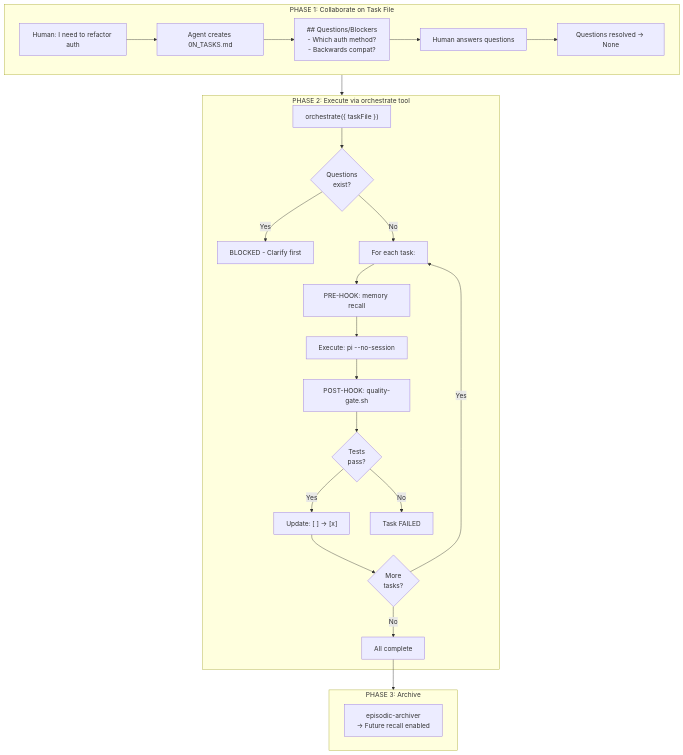
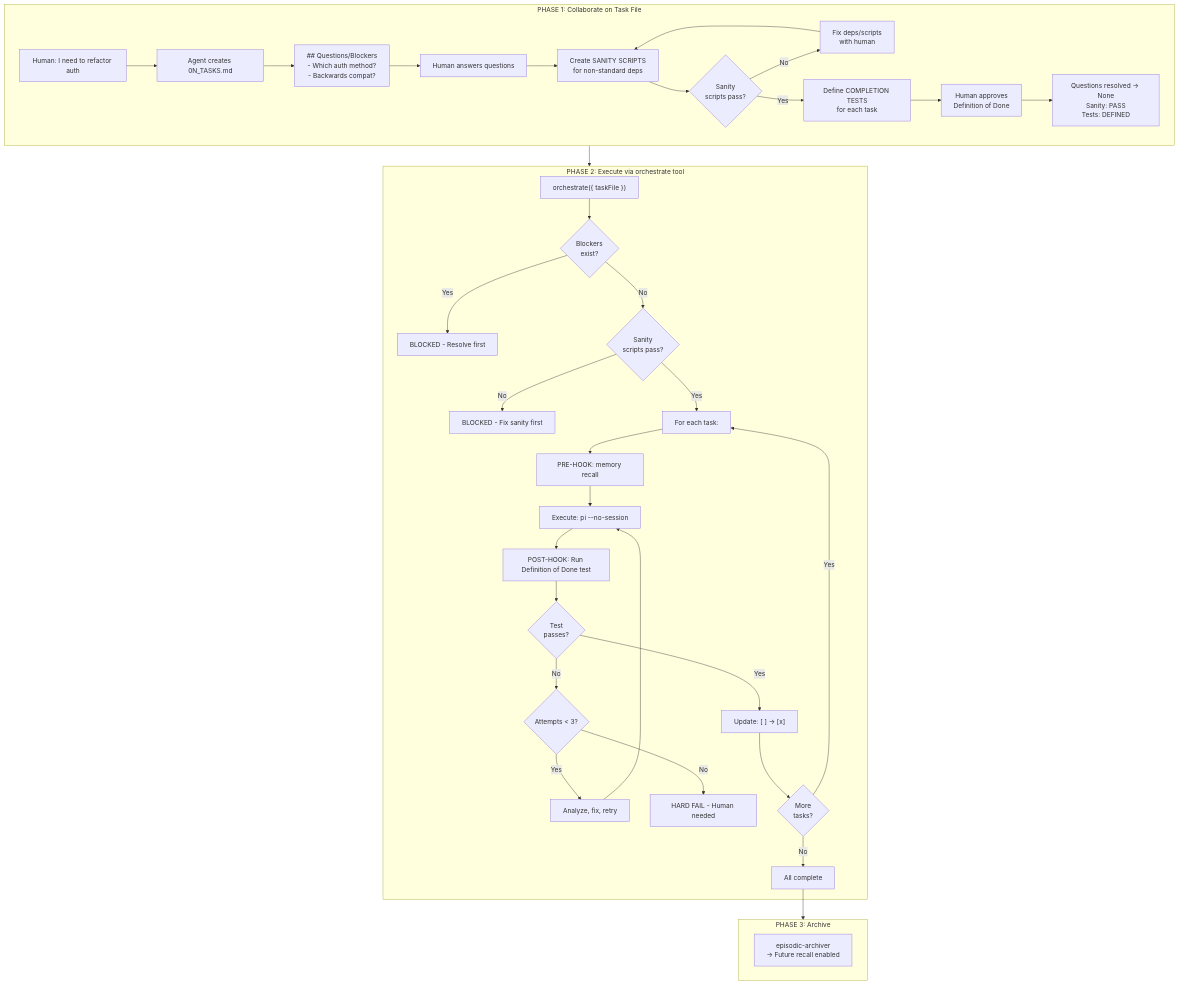
The first of 4 diagrams in .pi/skills/orchestrate/SKILL.md (badlogic/pi-mono), drawn with Mermaid before and after one commit. The commit also changed other lines of this file and 1 other file, not shown here.

First line of the commit message:
fix(ai/test): skip expensive Gemini limit tests by default

````diff
--- a/.pi/skills/orchestrate/SKILL.md
+++ b/.pi/skills/orchestrate/SKILL.md
@@ -31,31 +365,42 @@
 ```mermaid
 flowchart TB
     subgraph Phase1["PHASE 1: Collaborate on Task File"]
         H1[Human: I need to refactor auth] --> A1[Agent creates 0N_TASKS.md]
         A1 --> Q1["## Questions/Blockers<br/>- Which auth method?<br/>- Backwards compat?"]
         Q1 --> H2[Human answers questions]
-        H2 --> Q2["Questions resolved → None"]
+        H2 --> S1["Create SANITY SCRIPTS<br/>for non-standard deps"]
+        S1 --> S2{Sanity<br/>scripts pass?}
+        S2 -->|No| S3[Fix deps/scripts<br/>with human]
+        S3 --> S1
+        S2 -->|Yes| T1["Define COMPLETION TESTS<br/>for each task"]
+        T1 --> T2[Human approves<br/>Definition of Done]
+        T2 --> Q2["Questions resolved → None<br/>Sanity: PASS<br/>Tests: DEFINED"]
     end
 
     subgraph Phase2["PHASE 2: Execute via orchestrate tool"]
-        O1["orchestrate({ taskFile })"] --> Check{Questions<br/>exist?}
-        Check -->|Yes| Block[BLOCKED - Clarify first]
-        Check -->|No| Loop["For each task:"]
+        O1["orchestrate({ taskFile })"] --> Check{Blockers<br/>exist?}
+        Check -->|Yes| Block[BLOCKED - Resolve first]
+        Check -->|No| SanityCheck{Sanity<br/>scripts pass?}
+        SanityCheck -->|No| Block2[BLOCKED - Fix sanity first]
+        SanityCheck -->|Yes| Loop["For each task:"]
         Loop --> Pre["PRE-HOOK: memory recall"]
         Pre --> Exec["Execute: pi --no-session"]
-        Exec --> Post["POST-HOOK: quality-gate.sh"]
-        Post --> Pass{Tests<br/>pass?}
+        Exec --> Post["POST-HOOK: Run Definition of Done test"]
+        Post --> Pass{Test<br/>passes?}
         Pass -->|Yes| Update["Update: [ ] → [x]"]
-        Pass -->|No| Fail[Task FAILED]
+        Pass -->|No| Retry{Attempts < 3?}
+        Retry -->|Yes| Fix[Analyze, fix, retry]
+        Fix --> Exec
+        Retry -->|No| Fail[HARD FAIL - Human needed]
         Update --> Next{More<br/>tasks?}
         Next -->|Yes| Loop
         Next -->|No| Done[All complete]
     end
 
     subgraph Phase3["PHASE 3: Archive"]
         Archive["episodic-archiver<br/>→ Future recall enabled"]
     end
 
     Phase1 --> Phase2
     Done --> Phase3
 ```
````
